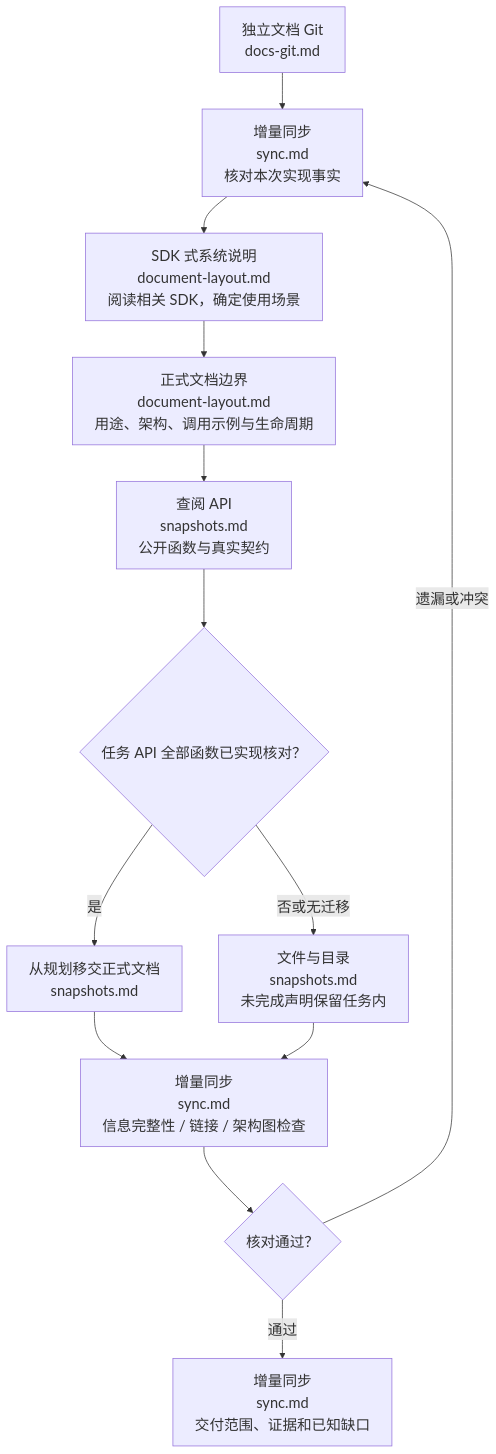
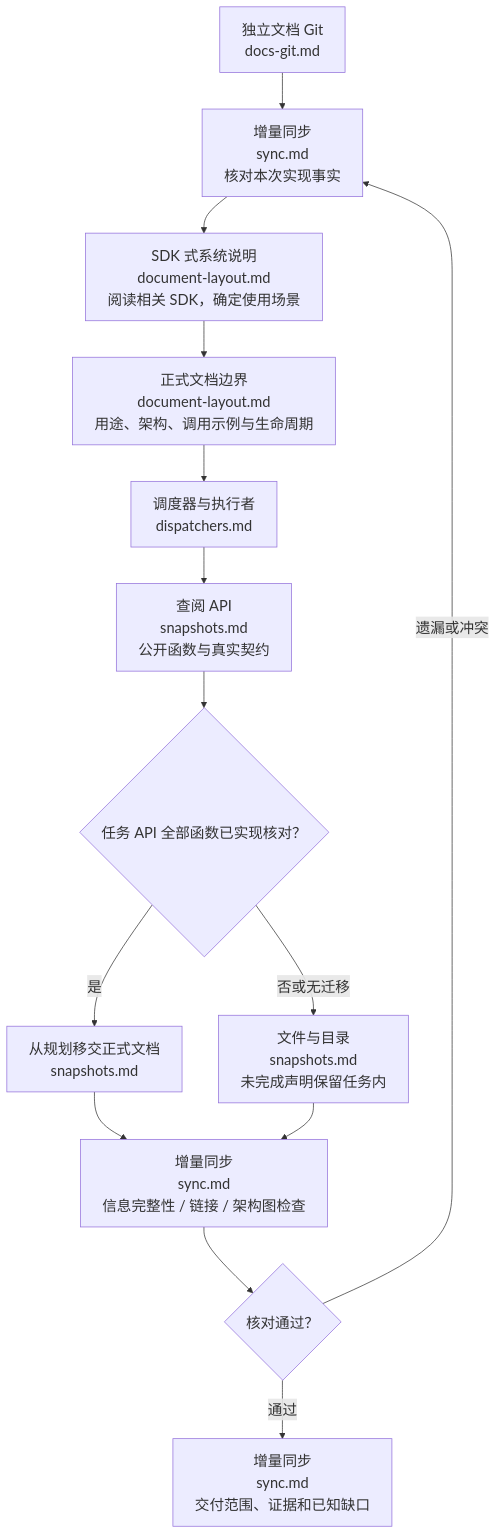
One commit to 229196637/game-development-skills changed the second of 2 diagrams in game-system-development-documentation/SKILL.md. Above: the diagram before and after it, drawn with Mermaid. The commit also changed other lines of this file and 28 other files, not shown here.

````diff
--- a/game-system-development-documentation/SKILL.md
+++ b/game-system-development-documentation/SKILL.md
@@ -49,25 +49,27 @@
 ```mermaid
 %%{init: {"themeVariables": {"fontSize": "20px"}, "flowchart": {"wrappingWidth": 360}}}%%
 flowchart TD
   Git["独立文档 Git<br/>docs-git.md"] --> Facts["增量同步<br/>sync.md<br/>核对本次实现事实"]
   Facts --> Style["SDK 式系统说明<br/>document-layout.md<br/>阅读相关 SDK，确定使用场景"]
   Style --> Body["正式文档边界<br/>document-layout.md<br/>用途、架构、调用示例与生命周期"]
-  Body --> Api["查阅 API<br/>snapshots.md<br/>公开函数与真实契约"]
+  Body --> Dispatch["调度器与执行者<br/>dispatchers.md"]
+  Dispatch --> Api["查阅 API<br/>snapshots.md<br/>公开函数与真实契约"]
   Api --> Move{"任务 API 全部函数已实现核对？"}
   Move -->|是| Handoff["从规划移交正式文档<br/>snapshots.md"]
   Move -->|否或无迁移| Keep["文件与目录<br/>snapshots.md<br/>未完成声明保留任务内"]
   Handoff --> Verify["增量同步<br/>sync.md<br/>信息完整性 / 链接 / 架构图检查"]
   Keep --> Verify
   Verify --> Pass{"核对通过？"}
   Pass -->|遗漏或冲突| Facts
   Pass -->|通过| Deliver["增量同步<br/>sync.md<br/>交付范围、证据和已知缺口"]
   click Git "references/contracts/docs-git.md"
   click Facts "references/workflows/sync.md"
   click Style "references/contracts/document-layout.md#sdk-式系统说明"
   click Body "references/contracts/document-layout.md"
+  click Dispatch "references/workflows/dispatchers.md"
   click Api "references/api/snapshots.md"
   click Handoff "references/api/snapshots.md#从规划移交正式文档"
   click Keep "references/api/snapshots.md#文件与目录"
   click Verify "references/workflows/sync.md"
   click Deliver "references/workflows/sync.md"
 ```
````
